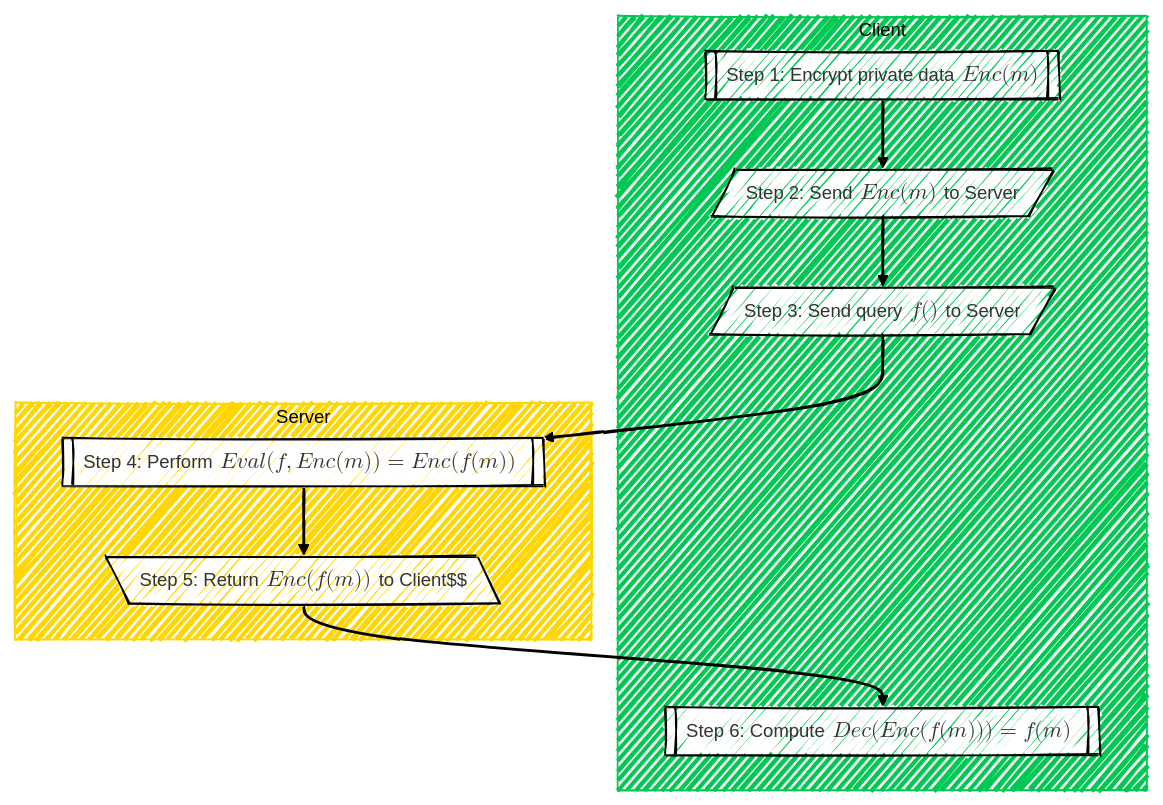
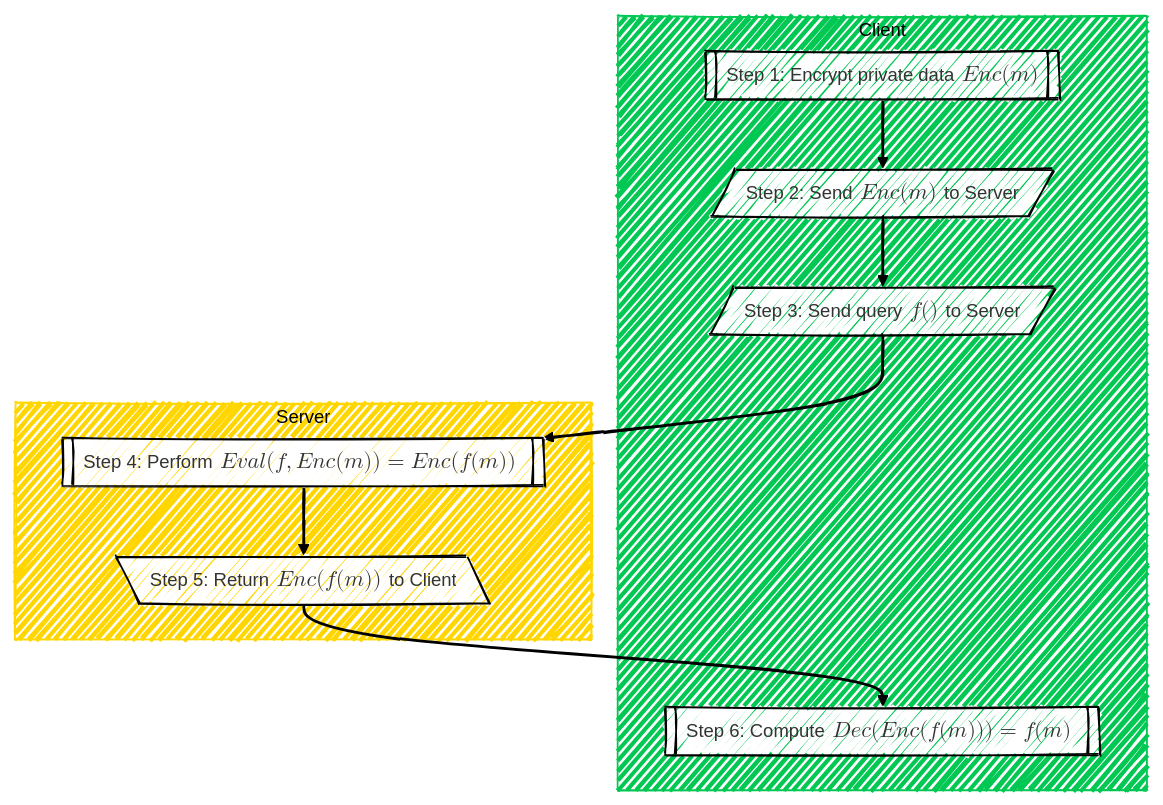
The second of 2 diagrams in posts/homomorphic-encryption-developers/index.qmd (antomon/antomon.github.io), drawn with Mermaid before and after one commit. The commit also changed other lines of this file and 5 other files, not shown here.

````diff
--- a/posts/homomorphic-encryption-developers/index.qmd
+++ b/posts/homomorphic-encryption-developers/index.qmd
@@ -112,37 +112,37 @@
 ```{mermaid}
 %%| label: fig-simple-he-diagram
 %%| fig-cap: A simple client-server HE scenario, where C is Client (Alice) and S is Server (Bob)
 %%| fig-alt: A simple client-server HE scenario, where C is Client (Alice) and S is Server (Bob)
 %%| fig-align: center
 %%{init: {"theme": "neo", "look": "handDrawn"}}%%
 flowchart TD
   subgraph Client["Client"]
     C1[["Step 1: Encrypt private data $$\ Enc(m)$$"]]
     C2[/"Step 2: Send $$\ Enc(m)\ $$ to Server"/]
     C3[/"Step 3: Send query $$\ f()\ $$ to Server"/]
     C4[["Step 6: Compute $$\ Dec(Enc(f(m)))=f(m)\ $$"]]
   end
   subgraph Server["Server"]
     S1[["Step 4: Perform $$\ Eval(f, Enc(m))=Enc(f(m))\ $$"]]
-    S2[\"Step 5: Return $$\ Enc(f(m))\ $$ to Client"$$\]
+    S2[\"Step 5: Return $$\ Enc(f(m))\ $$ to Client"\]
   end
   C1 --> C2
   C2 --> C3
   C3 --> S1
   S1 --> S2
   S2 --> C4
 
   style C1 stroke:#000000
   style C2 stroke:#000000
   style C3 stroke:#000000
   style C4 stroke:#000000
   style S1 stroke:#000000
   style S2 stroke:#000000
   style Client stroke:#00C853,fill:#00C853,color:#000000
   style Server stroke:#FFD600,fill:#FFD600,color:#000000
   linkStyle 0 stroke:#000000,fill:none
   linkStyle 1 stroke:#000000,fill:none
   linkStyle 2 stroke:#000000,fill:none
   linkStyle 3 stroke:#000000,fill:none
   linkStyle 4 stroke:#000000
 ```
````
